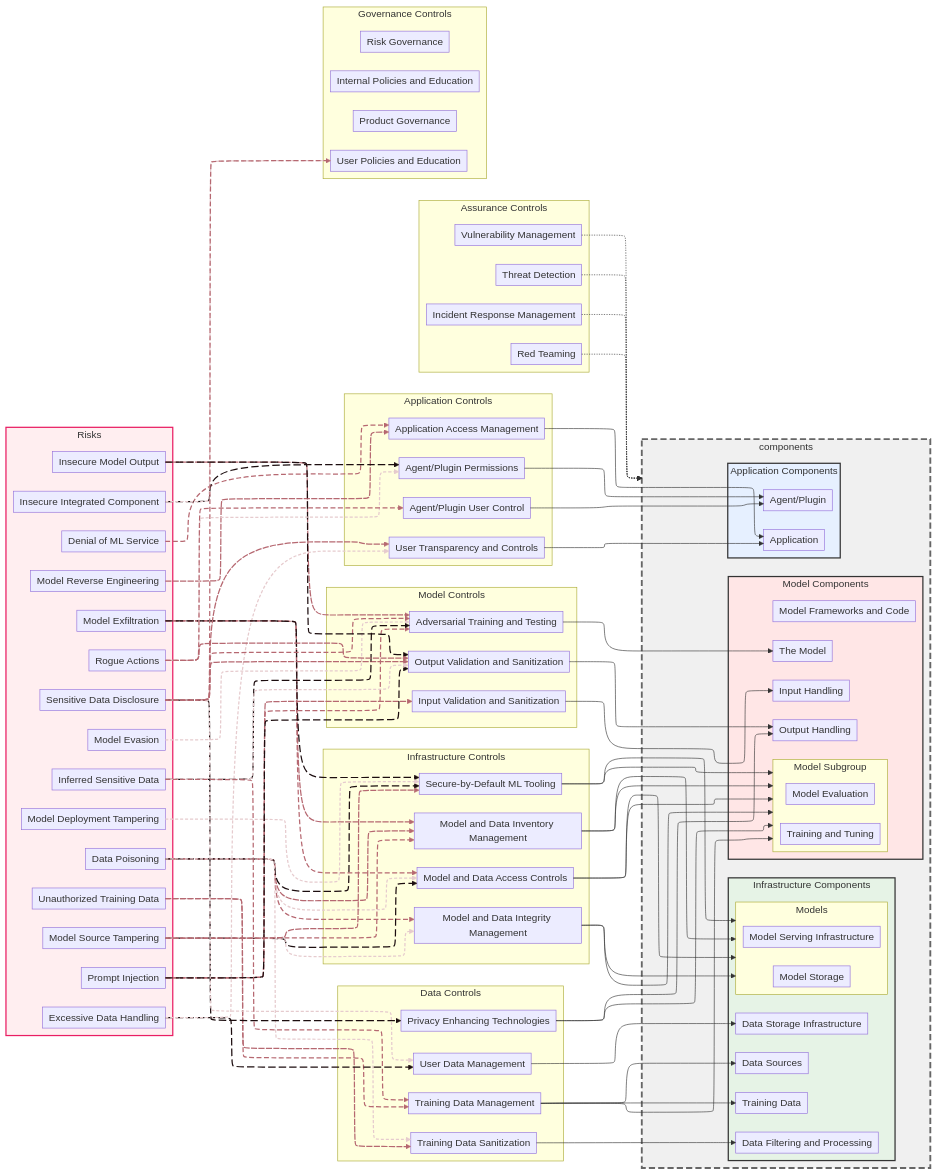
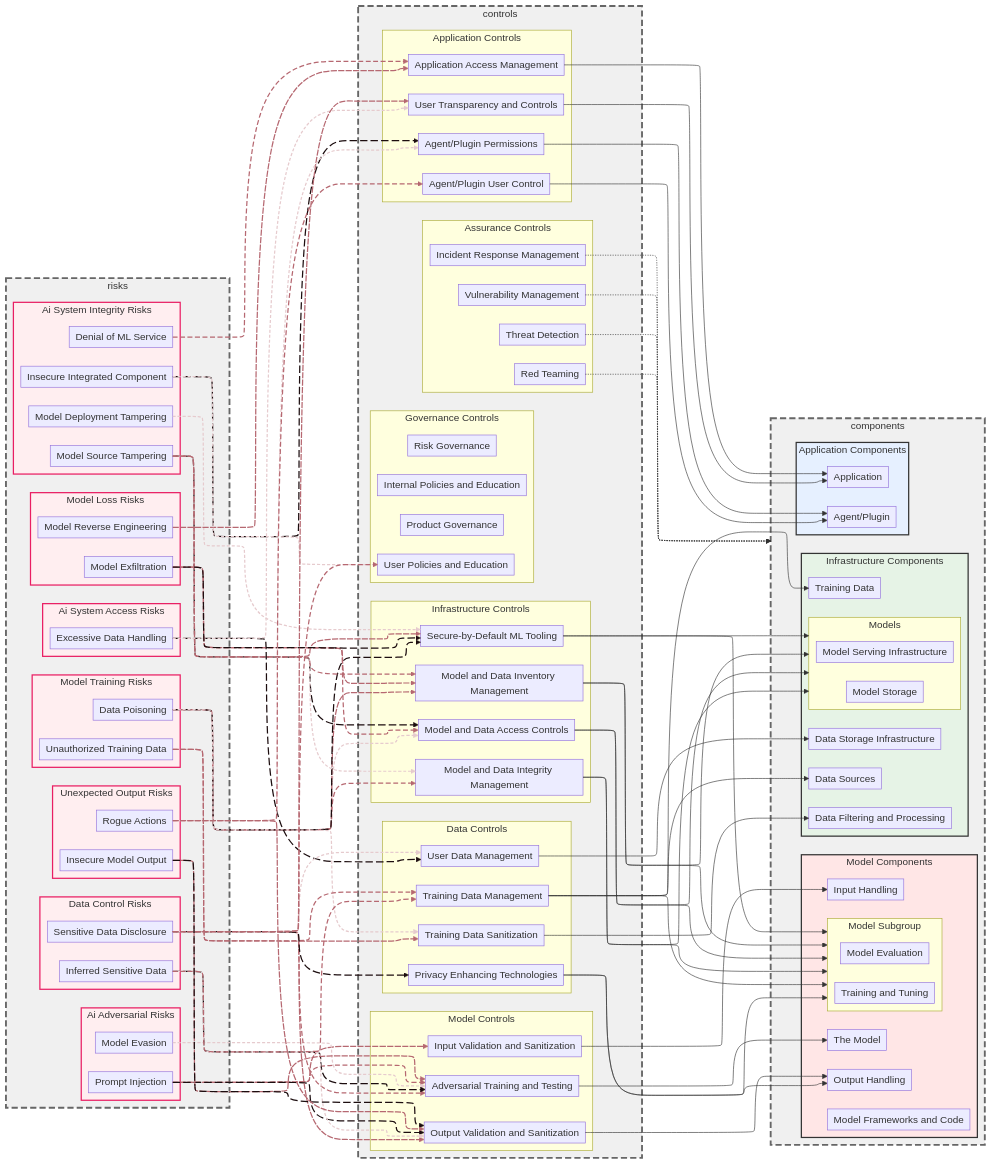
The diagram in risk-map/docs/controls-to-risk-graph.md (davidlabianca/secure-ai-tooling), drawn with Mermaid before and after one commit. The commit also changed 5 other files, not shown here.

Commit message:
Updated graph outputs

```diff
--- a/risk-map/docs/controls-to-risk-graph.md
+++ b/risk-map/docs/controls-to-risk-graph.md
@@ -12,24 +12,46 @@
     classDef hidden display: none;
     classDef allControl stroke:#4285f4,stroke-width:2px,stroke-dasharray: 5 5
 
-    subgraph risks ["Risks"]
-        DMS[Denial of ML Service]
+    subgraph risks
+    subgraph risksModelTraining ["Model Training Risks"]
         DP[Data Poisoning]
-        EDH[Excessive Data Handling]
-        IIC[Insecure Integrated Component]
-        IMO[Insecure Model Output]
-        ISD[Inferred Sensitive Data]
-        MDT[Model Deployment Tampering]
-        MEV[Model Evasion]
-        MRE[Model Reverse Engineering]
-        MST[Model Source Tampering]
-        MXF[Model Exfiltration]
-        PIJ[Prompt Injection]
-        RA[Rogue Actions]
-        SDD[Sensitive Data Disclosure]
         UTD[Unauthorized Training Data]
     end
 
+    subgraph risksAiSystemIntegrity ["Ai System Integrity Risks"]
+        DMS[Denial of ML Service]
+        IIC[Insecure Integrated Component]
+        MDT[Model Deployment Tampering]
+        MST[Model Source Tampering]
+    end
+
+    subgraph risksAiSystemAccess ["Ai System Access Risks"]
+        EDH[Excessive Data Handling]
+    end
+
+    subgraph risksModelLoss ["Model Loss Risks"]
+        MRE[Model Reverse Engineering]
+        MXF[Model Exfiltration]
+    end
+
+    subgraph risksAiAdversarial ["Ai Adversarial Risks"]
+        MEV[Model Evasion]
+        PIJ[Prompt Injection]
+    end
+
+    subgraph risksDataControl ["Data Control Risks"]
+        ISD[Inferred Sensitive Data]
+        SDD[Sensitive Data Disclosure]
+    end
+
+    subgraph risksUnexpectedOutput ["Unexpected Output Risks"]
+        IMO[Insecure Model Output]
+        RA[Rogue Actions]
+    end
+
+    end
+
+    subgraph controls
     subgraph controlsData ["Data Controls"]
         controlPrivacyEnhancingTechnologies[Privacy Enhancing Technologies]
         controlTrainingDataManagement[Training Data Management]
@@ -70,6 +92,8 @@
         controlProductGovernance[Product Governance]
         controlRiskGovernance[Risk Governance]
         controlUserPoliciesAndEducation[User Policies and Education]
+    end
+
     end
 
     subgraph components
@@ -178,8 +202,16 @@
     linkStyle 3,7,11,15,19,23,27,31,35 stroke:#1c0d0f,stroke-width:2px,stroke-dasharray: 12 5
 
 %% Node style definitions
-    style risks fill:#ffeef0,stroke:#e91e63,stroke-width:2px
+    style risksModelTraining fill:#ffeef0,stroke:#e91e63,stroke-width:2px
+    style risksAiSystemIntegrity fill:#ffeef0,stroke:#e91e63,stroke-width:2px
+    style risksAiSystemAccess fill:#ffeef0,stroke:#e91e63,stroke-width:2px
+    style risksModelLoss fill:#ffeef0,stroke:#e91e63,stroke-width:2px
+    style risksAiAdversarial fill:#ffeef0,stroke:#e91e63,stroke-width:2px
+    style risksDataControl fill:#ffeef0,stroke:#e91e63,stroke-width:2px
+    style risksUnexpectedOutput fill:#ffeef0,stroke:#e91e63,stroke-width:2px
     style components fill:#f0f0f0,stroke:#666666,stroke-width:3px,stroke-dasharray: 10 5
+    style controls fill:#f0f0f0,stroke:#666666,stroke-width:3px,stroke-dasharray: 10 5
+    style risks fill:#f0f0f0,stroke:#666666,stroke-width:3px,stroke-dasharray: 10 5
     style componentsInfrastructure fill:#e6f3e6,stroke:#333333,stroke-width:2px
     style componentsApplication fill:#e6f0ff,stroke:#333333,stroke-width:2px
     style componentsModel fill:#ffe6e6,stroke:#333333,stroke-width:2px
```
